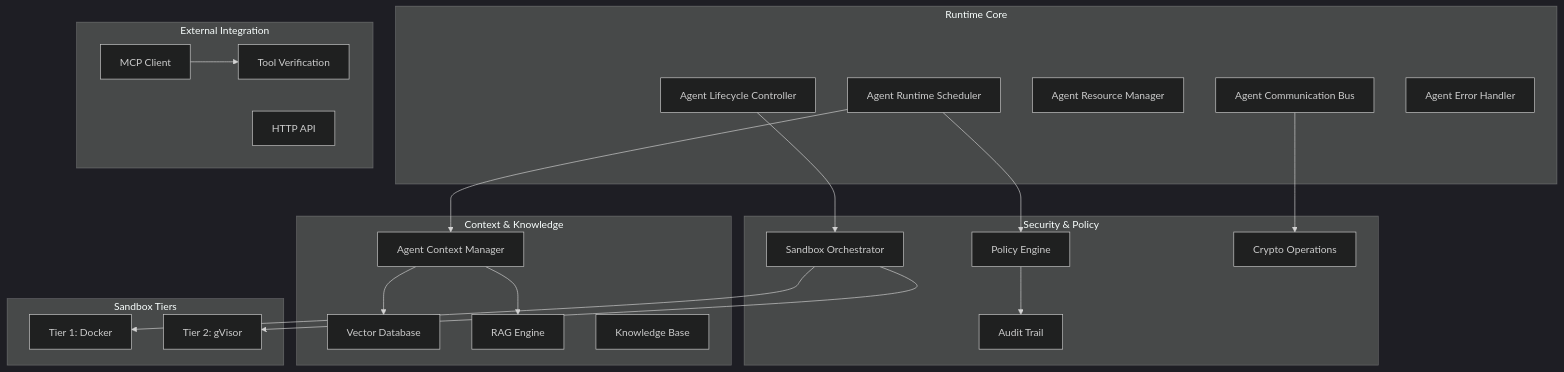
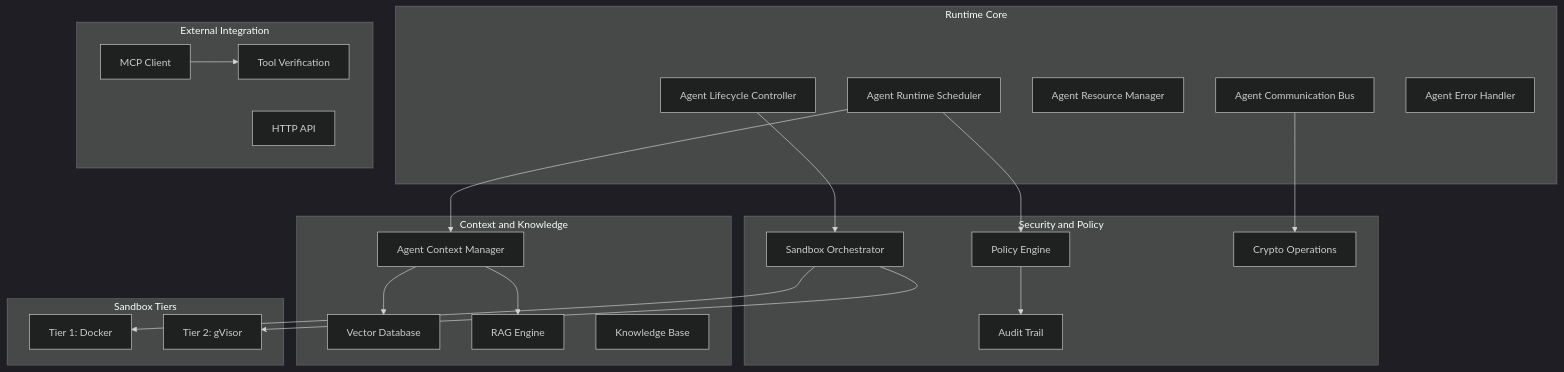
One commit to ThirdKeyAI/Symbiont changed the first of 3 diagrams in docs/de/runtime-architecture.md. Above: the diagram before and after it, drawn with Mermaid (dark theme). The commit also changed other lines of this file and 14 other files, not shown here.

Commit message:
Fix mermaid diagram syntax for v10 compatibility

````diff
--- a/docs/de/runtime-architecture.md
+++ b/docs/de/runtime-architecture.md
@@ -26,46 +26,46 @@
 ```mermaid
 graph TB
     subgraph "Runtime Core"
         ARS[Agent Runtime Scheduler]
         ALC[Agent Lifecycle Controller]
         ARM[Agent Resource Manager]
         ACB[Agent Communication Bus]
         AEH[Agent Error Handler]
     end
     
-    subgraph "Context & Knowledge"
+    subgraph "Context and Knowledge"
         ACM[Agent Context Manager]
         VDB[Vector Database]
         RAG[RAG Engine]
         KB[Knowledge Base]
     end
     
-    subgraph "Security & Policy"
+    subgraph "Security and Policy"
         PE[Policy Engine]
         AT[Audit Trail]
         SO[Sandbox Orchestrator]
         CRYPTO[Crypto Operations]
     end
     
     subgraph "External Integration"
         MCP[MCP Client]
         TV[Tool Verification]
         API[HTTP API]
     end
     
     subgraph "Sandbox Tiers"
         T1[Tier 1: Docker]
         T2[Tier 2: gVisor]
     end
     
     ARS --> ACM
     ARS --> PE
     ALC --> SO
     ACB --> CRYPTO
     ACM --> VDB
     ACM --> RAG
     SO --> T1
     SO --> T2
     MCP --> TV
     PE --> AT
 ```
````
